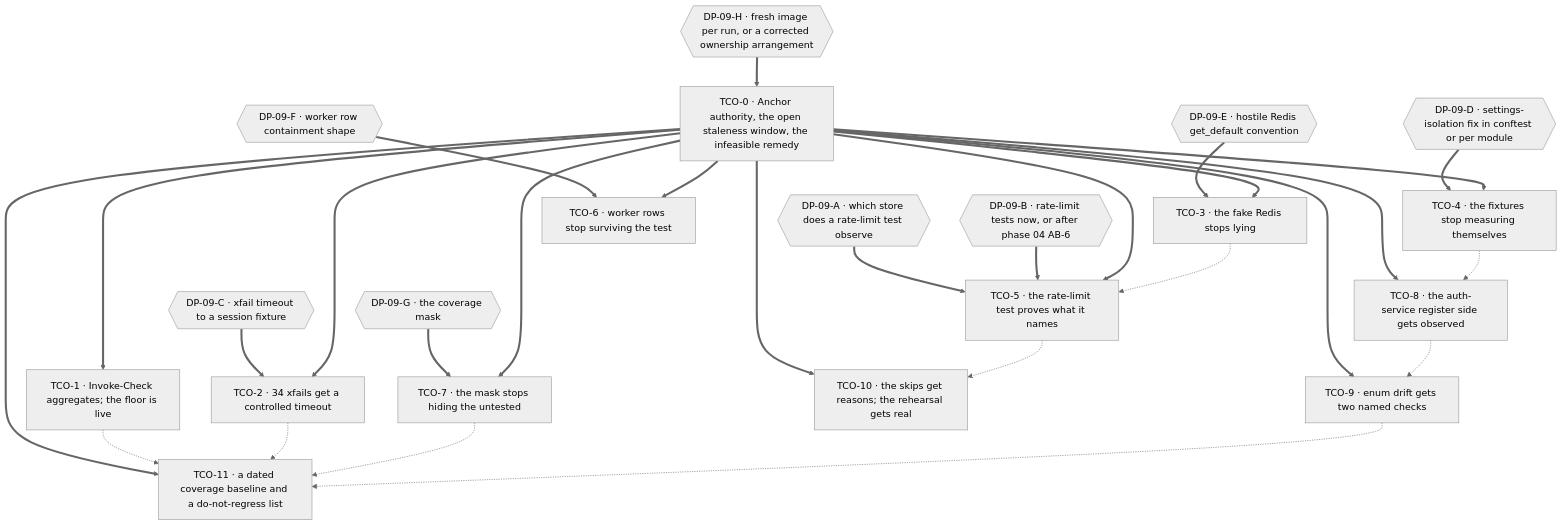
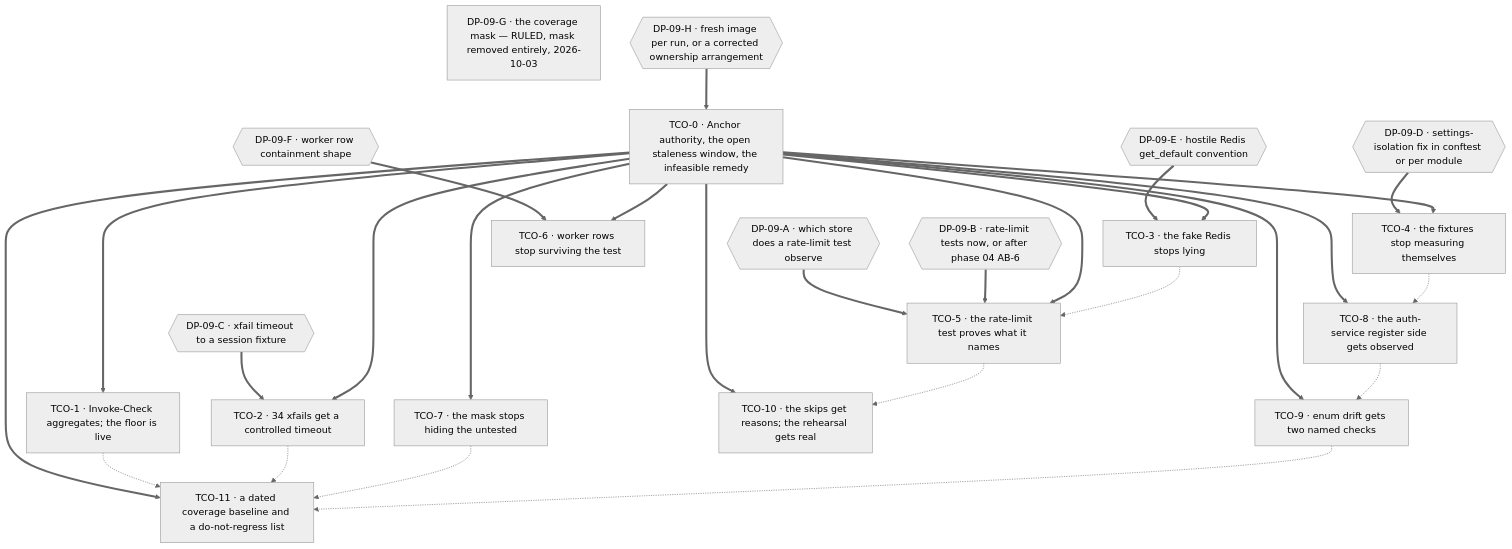
Before and after one commit to manicko/mkobi: the diagram in .ai/plans/09-test-coverage-remediation-execution.md, drawn with Mermaid (neutral theme). The commit also changed other lines of this file and 12 other files, not shown here.

````diff
--- a/.ai/plans/09-test-coverage-remediation-execution.md
+++ b/.ai/plans/09-test-coverage-remediation-execution.md
@@ -277,55 +306,54 @@
 ```mermaid
 flowchart TD
     TCO0["TCO-0 · Anchor authority, the open staleness window, the infeasible remedy"]
 
     DPA{{"DP-09-A · which store does a rate-limit test observe"}}
     DPB{{"DP-09-B · rate-limit tests now, or after phase 04 AB-6"}}
     DPC{{"DP-09-C · xfail timeout to a session fixture"}}
     DPD{{"DP-09-D · settings-isolation fix in conftest or per module"}}
     DPE{{"DP-09-E · hostile Redis get_default convention"}}
     DPF{{"DP-09-F · worker row containment shape"}}
-    DPG{{"DP-09-G · the coverage mask"}}
+    DPG["DP-09-G · the coverage mask — RULED, mask removed entirely, 2026-10-03"]
     DPH{{"DP-09-H · fresh image per run, or a corrected ownership arrangement"}}
 
     TCO1["TCO-1 · Invoke-Check aggregates; the floor is live"]
     TCO2["TCO-2 · 34 xfails get a controlled timeout"]
     TCO3["TCO-3 · the fake Redis stops lying"]
     TCO4["TCO-4 · the fixtures stop measuring themselves"]
     TCO5["TCO-5 · the rate-limit test proves what it names"]
     TCO6["TCO-6 · worker rows stop surviving the test"]
     TCO7["TCO-7 · the mask stops hiding the untested"]
     TCO8["TCO-8 · the auth-service register side gets observed"]
     TCO9["TCO-9 · enum drift gets two named checks"]
     TCO10["TCO-10 · the skips get reasons; the rehearsal gets real"]
     TCO11["TCO-11 · a dated coverage baseline and a do-not-regress list"]
 
     DPH ==> TCO0
     DPA ==> TCO5
     DPB ==> TCO5
     DPC ==> TCO2
     DPD ==> TCO4
     DPE ==> TCO3
     DPF ==> TCO6
-    DPG ==> TCO7
 
     TCO0 ==> TCO1
     TCO0 ==> TCO2
     TCO0 ==> TCO3
     TCO0 ==> TCO4
     TCO0 ==> TCO5
     TCO0 ==> TCO6
     TCO0 ==> TCO7
     TCO0 ==> TCO8
     TCO0 ==> TCO9
     TCO0 ==> TCO10
     TCO0 ==> TCO11
 
     TCO1 -.-> TCO11
     TCO2 -.-> TCO11
     TCO3 -.-> TCO5
     TCO4 -.-> TCO8
     TCO5 -.-> TCO10
     TCO7 -.-> TCO11
     TCO8 -.-> TCO9
     TCO9 -.-> TCO11
 ```
````
